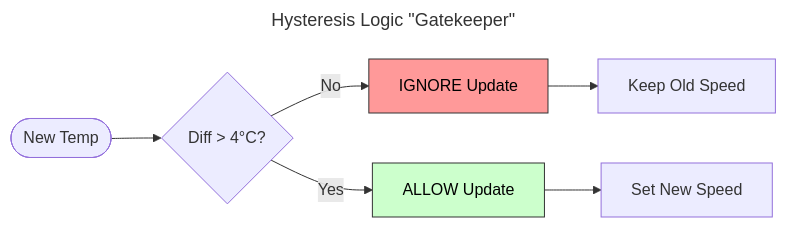
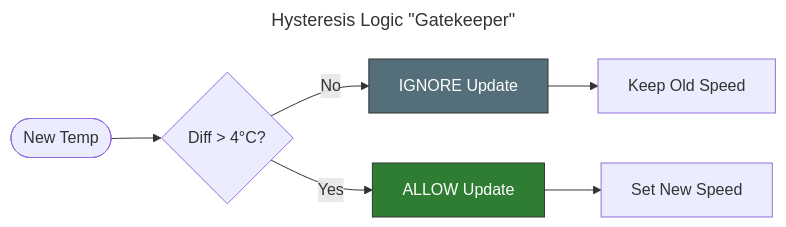
The second of 4 diagrams in documentation/public/wiki/Agents-Advanced-Settings.md (Anexgohan/pankha), drawn with Mermaid before and after one commit. The commit also changed other lines of this file and 17 other files, not shown here.

````diff
--- a/documentation/public/wiki/Agents-Advanced-Settings.md
+++ b/documentation/public/wiki/Agents-Advanced-Settings.md
@@ -41,16 +31,16 @@
 ```mermaid
 ---
 title: Hysteresis Logic "Gatekeeper"
 ---
 graph LR
     Input([New Temp]) --> Diff{Diff > 4°C?}
     
     Diff -->|No| Block[IGNORE Update]
     Diff -->|Yes| Pass[ALLOW Update]
     
     Block --> Keep[Keep Old Speed]
     Pass --> New[Set New Speed]
     
-    style Block fill:#ff9999,stroke:#333,color:#000
-    style Pass fill:#ccffcc,stroke:#333,color:#000
+    style Block fill:#546e7a,stroke:#333,color:#fff
+    style Pass fill:#2e7d32,stroke:#333,color:#fff
 ```
````
